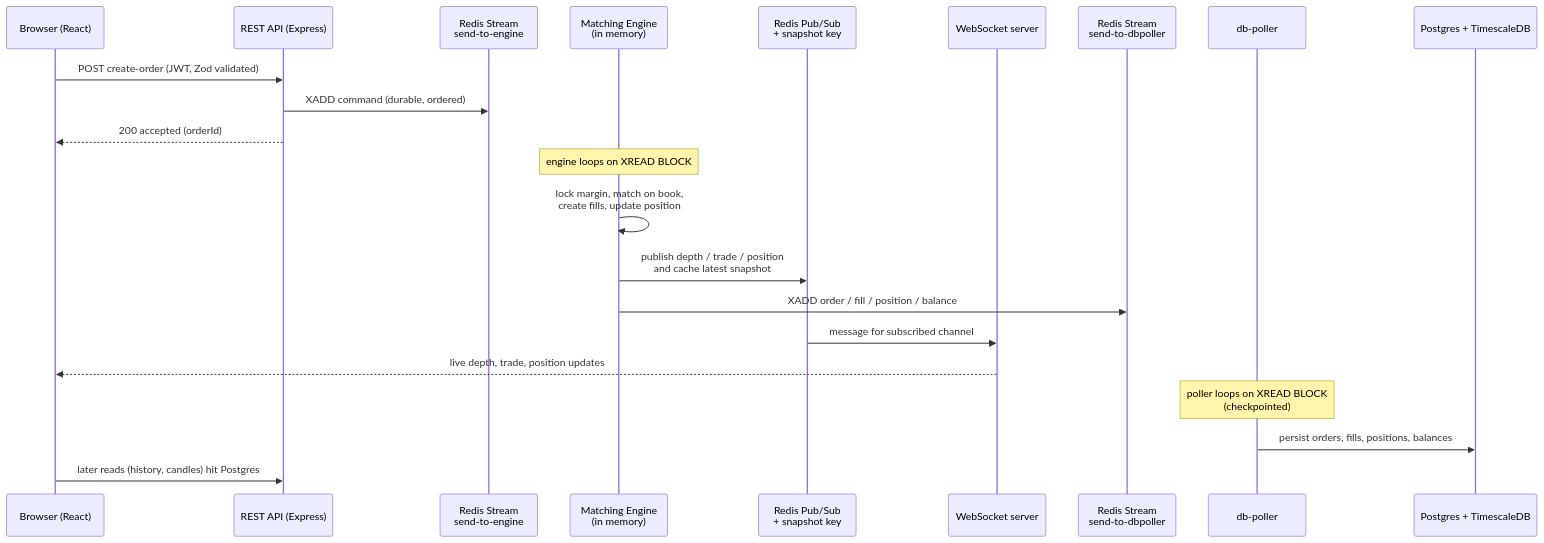
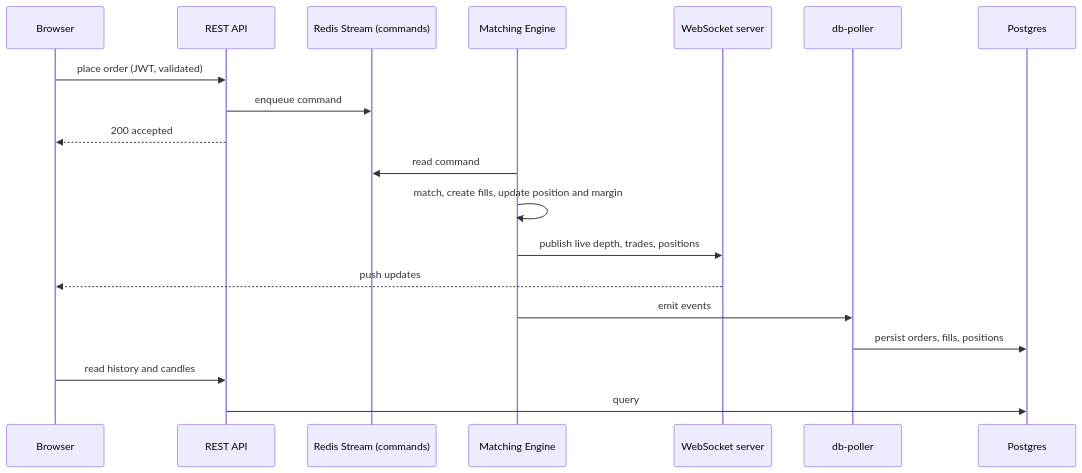
One commit to AdarshVMore/Perpetual-Trading-FullStack changed the diagram in README.md. Above: the diagram before and after it, drawn with Mermaid. The commit also changed other lines of this file, not shown here.

````diff
--- a/README.md
+++ b/README.md
@@ -55,25 +29,22 @@
 ```mermaid
 sequenceDiagram
-    participant U as Browser (React)
-    participant API as REST API (Express)
-    participant CMD as Redis Stream<br/>send-to-engine
-    participant E as Matching Engine<br/>(in memory)
-    participant PS as Redis Pub/Sub<br/>+ snapshot key
+    participant U as Browser
+    participant API as REST API
+    participant CMD as Redis Stream (commands)
+    participant E as Matching Engine
     participant WS as WebSocket server
-    participant EVT as Redis Stream<br/>send-to-dbpoller
     participant DP as db-poller
-    participant PG as Postgres + TimescaleDB
+    participant PG as Postgres
 
-    U->>API: POST create-order (JWT, Zod validated)
-    API->>CMD: XADD command (durable, ordered)
-    API-->>U: 200 accepted (orderId)
-    Note over E: engine loops on XREAD BLOCK
-    E->>E: lock margin, match on book,<br/>create fills, update position
-    E->>PS: publish depth / trade / position<br/>and cache latest snapshot
-    E->>EVT: XADD order / fill / position / balance
-    PS->>WS: message for subscribed channel
-    WS-->>U: live depth, trade, position updates
-    Note over DP: poller loops on XREAD BLOCK<br/>(checkpointed)
-    DP->>PG: persist orders, fills, positions, balances
-    U->>API: later reads (history, candles) hit Postgres
+    U->>API: place order (JWT, validated)
+    API->>CMD: enqueue command
+    API-->>U: 200 accepted
+    E->>CMD: read command
+    E->>E: match, create fills, update position and margin
+    E->>WS: publish live depth, trades, positions
+    WS-->>U: push updates
+    E->>DP: emit events
+    DP->>PG: persist orders, fills, positions
+    U->>API: read history and candles
+    API->>PG: query
 ```
````
